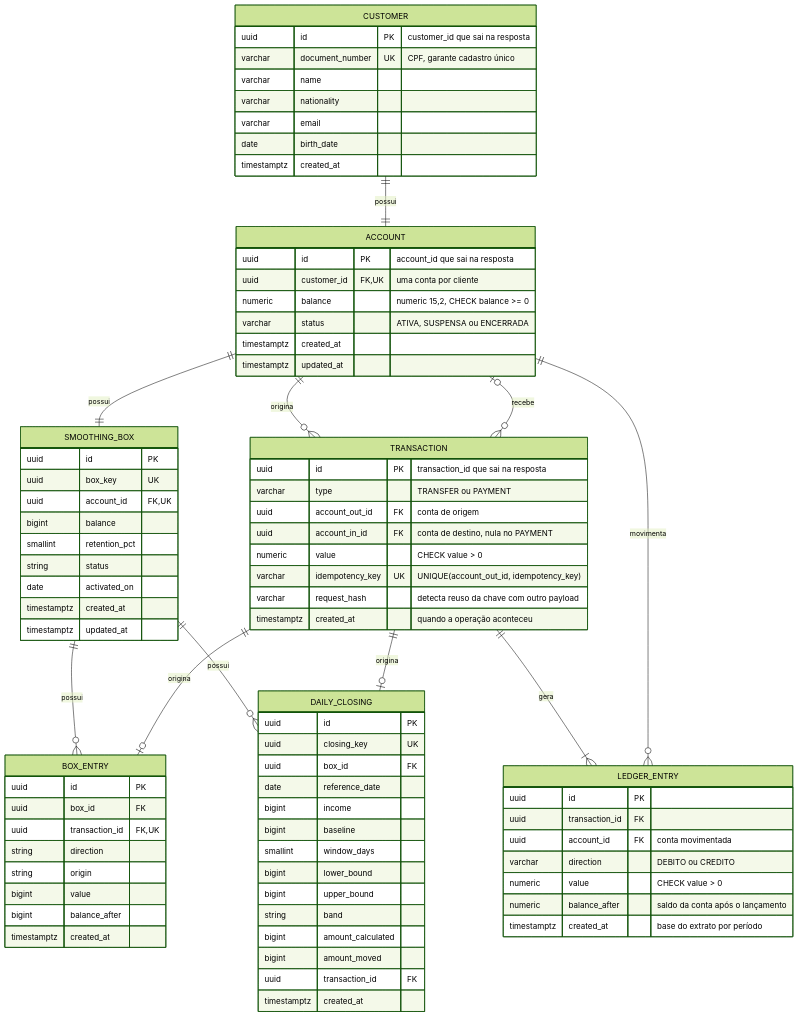
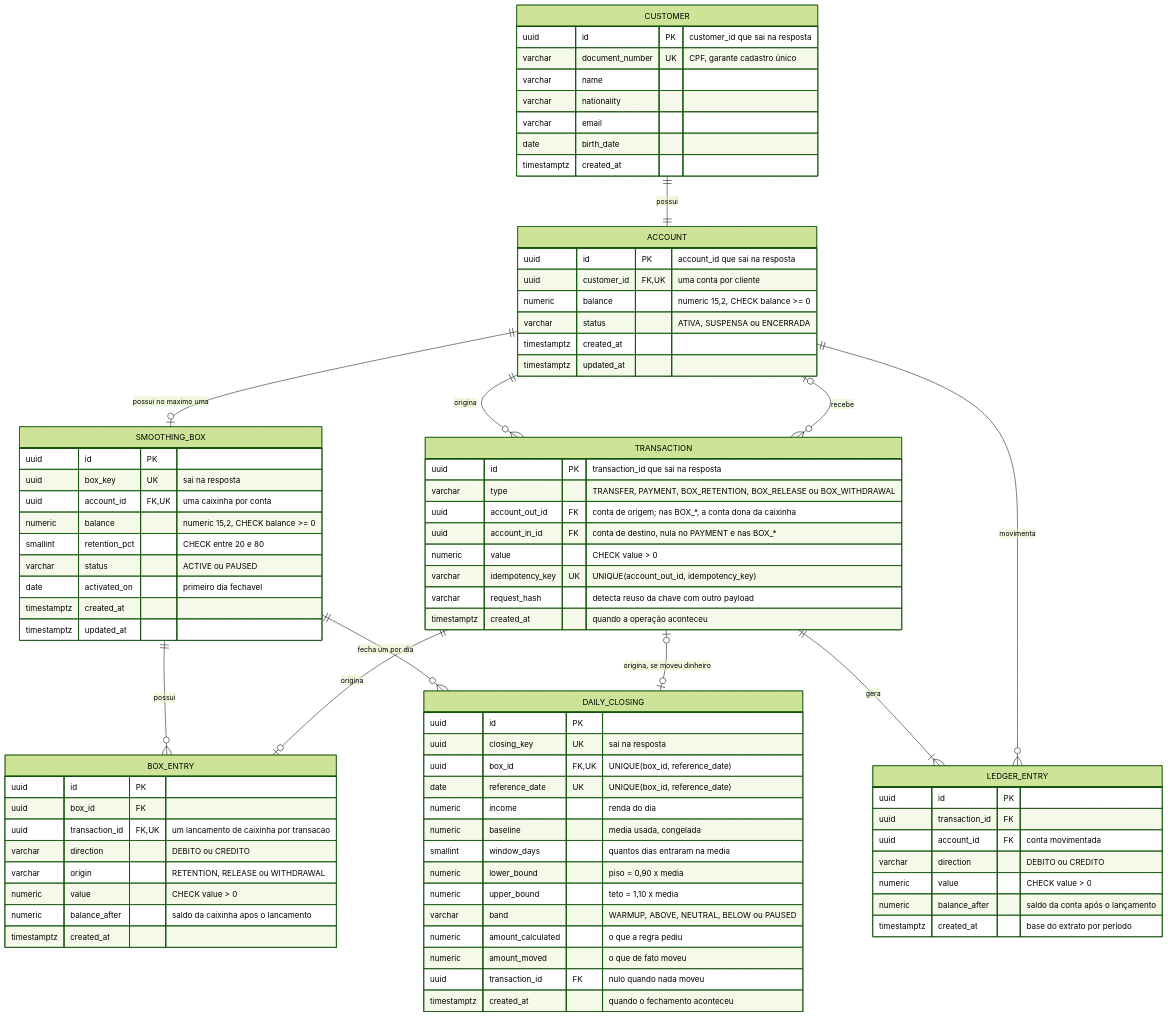
The first of 10 diagrams in bootcamp-rfc-modelo.md (fernandobvm/bootcamp-qi-26-bankrepo), drawn with Mermaid (forest theme) before and after one commit. The commit also changed other lines of this file, not shown here.

````diff
--- a/bootcamp-rfc-modelo.md
+++ b/bootcamp-rfc-modelo.md
@@ -104,7 +90,7 @@
 ```mermaid
 erDiagram
     CUSTOMER ||--|| ACCOUNT : "possui"
-    ACCOUNT ||--|| SMOOTHING_BOX : "possui"
+    ACCOUNT ||--o| SMOOTHING_BOX : "possui no maximo uma"
     ACCOUNT ||--o{ TRANSACTION : "origina"
     ACCOUNT |o--o{ TRANSACTION : "recebe"
     TRANSACTION ||--|{ LEDGER_ENTRY : "gera"
@@ -113,8 +99,8 @@
     SMOOTHING_BOX ||--o{ BOX_ENTRY : "possui"
     TRANSACTION ||--o| BOX_ENTRY : "origina"
 
-    SMOOTHING_BOX ||--o{ DAILY_CLOSING : "possui"
-    TRANSACTION ||--o| DAILY_CLOSING : "origina"
+    SMOOTHING_BOX ||--o{ DAILY_CLOSING : "fecha um por dia"
+    TRANSACTION |o--o| DAILY_CLOSING : "origina, se moveu dinheiro"
 
     CUSTOMER {
         uuid id PK "customer_id que sai na resposta"
@@ -135,9 +121,9 @@
     }
     TRANSACTION {
         uuid id PK "transaction_id que sai na resposta"
-        varchar type "TRANSFER ou PAYMENT"
-        uuid account_out_id FK "conta de origem"
-        uuid account_in_id FK "conta de destino, nula no PAYMENT"
+        varchar type "TRANSFER, PAYMENT, BOX_RETENTION, BOX_RELEASE ou BOX_WITHDRAWAL"
+        uuid account_out_id FK "conta de origem; nas BOX_*, a conta dona da caixinha"
+        uuid account_in_id FK "conta de destino, nula no PAYMENT e nas BOX_*"
         numeric value "CHECK value > 0"
         varchar idempotency_key UK "UNIQUE(account_out_id, idempotency_key)"
         varchar request_hash "detecta reuso da chave com outro payload"
@@ -154,12 +140,12 @@
     }
     SMOOTHING_BOX {
         uuid id PK
-        uuid box_key UK
-        uuid account_id FK,UK
-        bigint balance
-        smallint retention_pct
-        string status
-        date activated_on
+        uuid box_key UK "sai na resposta"
+        uuid account_id FK,UK "uma caixinha por conta"
+        numeric balance "numeric 15,2, CHECK balance >= 0"
+        smallint retention_pct "CHECK entre 20 e 80"
+        varchar status "ACTIVE ou PAUSED"
+        date activated_on "primeiro dia fechavel"
         timestamptz created_at
         timestamptz updated_at
     }
@@ -167,28 +153,28 @@
     BOX_ENTRY {
         uuid id PK
         uuid box_id FK
-        uuid transaction_id FK,UK
-        string direction
-        string origin
-        bigint value
-        bigint balance_after
+        uuid transaction_id FK,UK "um lancamento de caixinha por transacao"
+        varchar direction "DEBITO ou CREDITO"
+        varchar origin "RETENTION, RELEASE ou WITHDRAWAL"
+        numeric value "CHECK value > 0"
+        numeric balance_after "saldo da caixinha apos o lancamento"
         timestamptz created_at
     }
 
     DAILY_CLOSING {
         uuid id PK
-        uuid closing_key UK
-        uuid box_id FK
-        date reference_date
-        bigint income
-        bigint baseline
-        smallint window_days
-        bigint lower_bound
-        bigint upper_bound
-        string band
-        bigint amount_calculated
-        bigint amount_moved
-        uuid transaction_id FK
-        timestamptz created_at
+        uuid closing_key UK "sai na resposta"
+        uuid box_id FK,UK "UNIQUE(box_id, reference_date)"
+        date reference_date UK "UNIQUE(box_id, reference_date)"
+        numeric income "renda do dia"
+        numeric baseline "media usada, congelada"
+        smallint window_days "quantos dias entraram na media"
+        numeric lower_bound "piso = 0,90 x media"
+        numeric upper_bound "teto = 1,10 x media"
+        varchar band "WARMUP, ABOVE, NEUTRAL, BELOW ou PAUSED"
+        numeric amount_calculated "o que a regra pediu"
+        numeric amount_moved "o que de fato moveu"
+        uuid transaction_id FK "nulo quando nada moveu"
+        timestamptz created_at "quando o fechamento aconteceu"
     }
 ```
````
